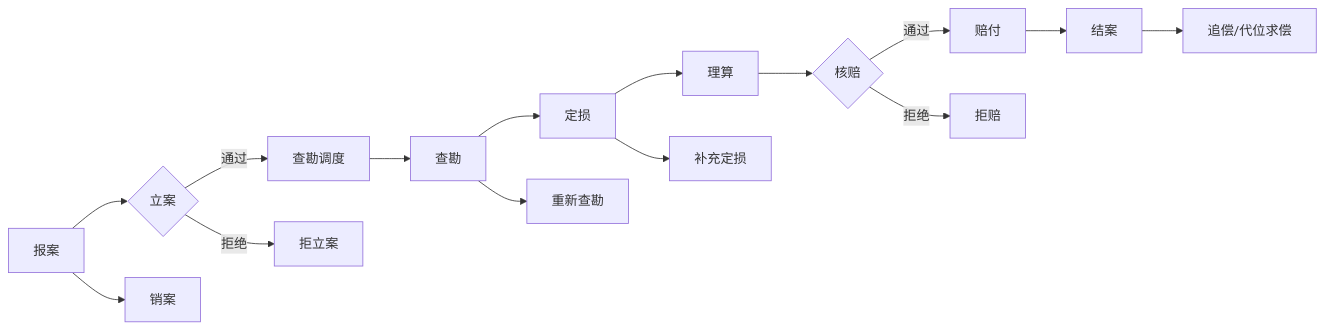
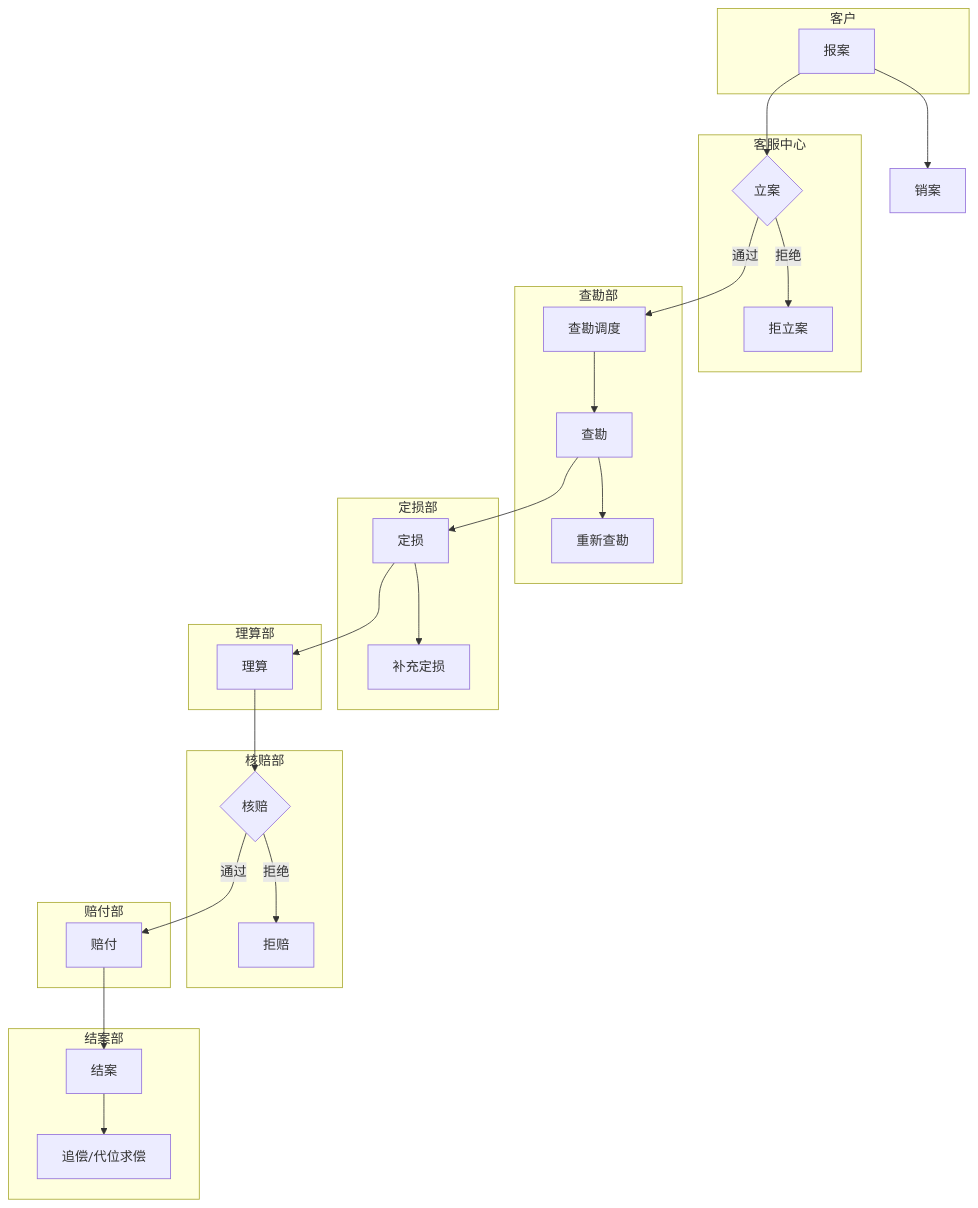
Before and after one commit to Niliria/data-skills: the second of 9 diagrams in Data-Profiling/references/insurance-examples.md, drawn with Mermaid. The commit also changed other lines of this file and 8 other files, not shown here.

````diff
--- a/Data-Profiling/references/insurance-examples.md
+++ b/Data-Profiling/references/insurance-examples.md
@@ -43,17 +69,47 @@
 ```mermaid
-flowchart LR
-    A[报案] --> B{立案}
-    B -->|通过| C[查勘调度]
-    B -->|拒绝| B1[拒立案]
-    C --> D[查勘]
-    D --> E[定损]
-    E --> F[理算]
-    F --> G{核赔}
-    G -->|通过| H[赔付]
-    G -->|拒绝| G1[拒赔]
-    H --> I[结案]
-    I --> J[追偿/代位求偿]
+flowchart TB
+    subgraph 客户
+        A[报案]
+    end
+    subgraph 客服中心
+        B{立案}
+        B1[拒立案]
+    end
+    subgraph 查勘部
+        C[查勘调度]
+        D[查勘]
+        D1[重新查勘]
+    end
+    subgraph 定损部
+        E[定损]
+        E1[补充定损]
+    end
+    subgraph 理算部
+        F[理算]
+    end
+    subgraph 核赔部
+        G{核赔}
+        G1[拒赔]
+    end
+    subgraph 赔付部
+        H[赔付]
+    end
+    subgraph 结案部
+        I[结案]
+        J[追偿/代位求偿]
+    end
+    A --> B
+    B -->|通过| C
+    B -->|拒绝| B1
+    C --> D
+    D --> E
+    D --> D1
+    E --> F
+    E --> E1
+    F --> G
+    G -->|通过| H
+    G -->|拒绝| G1
+    H --> I
+    I --> J
     A --> K[销案]
-    E --> E1[补充定损]
-    D --> D1[重新查勘]
 ```
````
